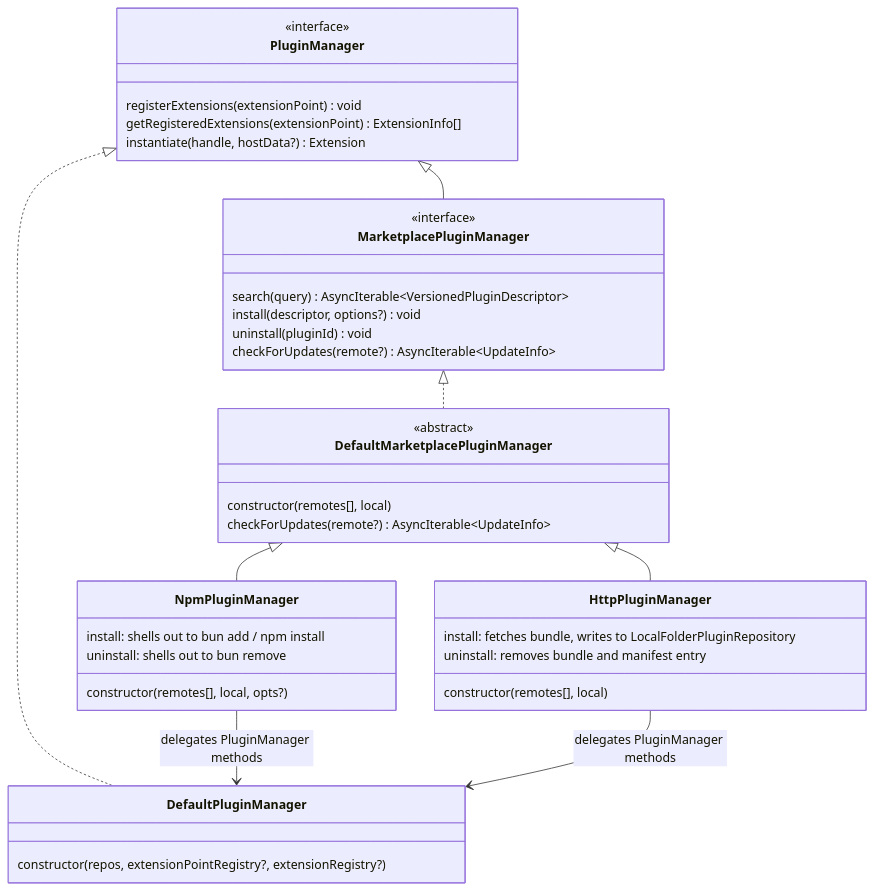
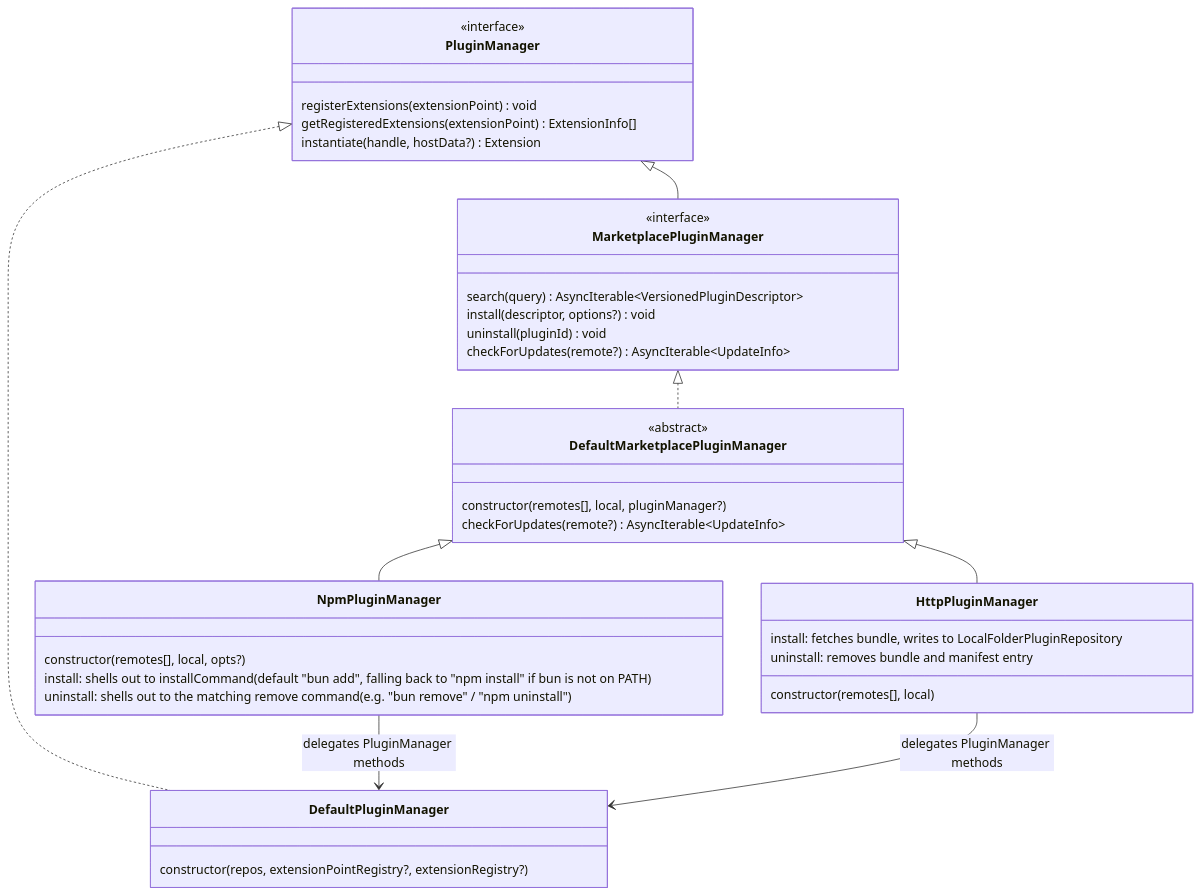
One commit to flowscripter/dynamic-plugin-framework changed the fifth of 7 diagrams in README/implementation-details.md. Above: the diagram before and after it, drawn with Mermaid. The commit also changed 15 other files, not shown here.

````diff
--- a/README/implementation-details.md
+++ b/README/implementation-details.md
@@ -181,47 +181,47 @@
 ```mermaid
 classDiagram
     class PluginManager {
         <<interface>>
         registerExtensions(extensionPoint) void
         getRegisteredExtensions(extensionPoint) ExtensionInfo[]
         instantiate(handle, hostData?) Extension
     }
 
     class MarketplacePluginManager {
         <<interface>>
         search(query) AsyncIterable~VersionedPluginDescriptor~
         install(descriptor, options?) void
         uninstall(pluginId) void
         checkForUpdates(remote?) AsyncIterable~UpdateInfo~
     }
 
     class DefaultPluginManager {
         constructor(repos, extensionPointRegistry?, extensionRegistry?)
     }
 
     class DefaultMarketplacePluginManager {
         <<abstract>>
-        constructor(remotes[], local)
+        constructor(remotes[], local, pluginManager?)
         checkForUpdates(remote?) AsyncIterable~UpdateInfo~
     }
 
     class NpmPluginManager {
         constructor(remotes[], local, opts?)
-        install: shells out to bun add / npm install
-        uninstall: shells out to bun remove
+        install: shells out to installCommand (default "bun add", falling back to "npm install" if bun is not on PATH)
+        uninstall: shells out to the matching remove command (e.g. "bun remove" / "npm uninstall")
     }
 
     class HttpPluginManager {
         constructor(remotes[], local)
         install: fetches bundle, writes to LocalFolderPluginRepository
         uninstall: removes bundle and manifest entry
     }
 
     PluginManager <|.. DefaultPluginManager
     PluginManager <|-- MarketplacePluginManager
     MarketplacePluginManager <|.. DefaultMarketplacePluginManager
     DefaultMarketplacePluginManager <|-- NpmPluginManager
     DefaultMarketplacePluginManager <|-- HttpPluginManager
     NpmPluginManager --> DefaultPluginManager : delegates PluginManager methods
     HttpPluginManager --> DefaultPluginManager : delegates PluginManager methods
 ```
````
